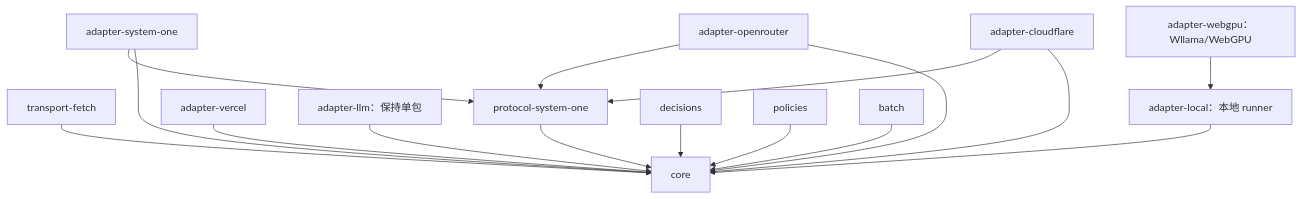
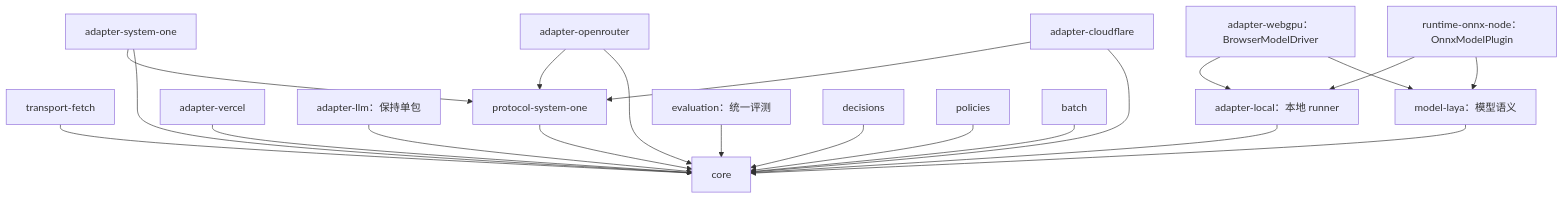
One commit to ziyu/system-one-sdk changed the diagram in docs/architecture-plan.zh-CN.md. Above: the diagram before and after it, drawn with Mermaid. The commit also changed other lines of this file and 74 other files, not shown here.

Commit message:
feat: add extensible local inference and evaluation (#12)

````diff
--- a/docs/architecture-plan.zh-CN.md
+++ b/docs/architecture-plan.zh-CN.md
@@ -25,18 +28,23 @@
 ```mermaid
 graph TD
   Fetch["transport-fetch"] --> Core["core"]
   Native["adapter-system-one"] --> Protocol["protocol-system-one"]
   Native --> Core
   OR["adapter-openrouter"] --> Protocol
   OR --> Core
   CF["adapter-cloudflare"] --> Protocol
   CF --> Core
   Protocol --> Core
   Vercel["adapter-vercel"] --> Core
   LLM["adapter-llm：保持单包"] --> Core
   Local["adapter-local：本地 runner"] --> Core
-  WebGPU["adapter-webgpu：Wllama/WebGPU"] --> Local
+  WebGPU["adapter-webgpu：BrowserModelDriver"] --> Local
+  OnnxNode["runtime-onnx-node：OnnxModelPlugin"] --> Local
+  LayaModel["model-laya：模型语义"] --> Core
+  WebGPU --> LayaModel
+  OnnxNode --> LayaModel
+  Evaluation["evaluation：统一评测"] --> Core
   Decisions["decisions"] --> Core
   Policies["policies"] --> Core
   Batch["batch"] --> Core
 ```
````
